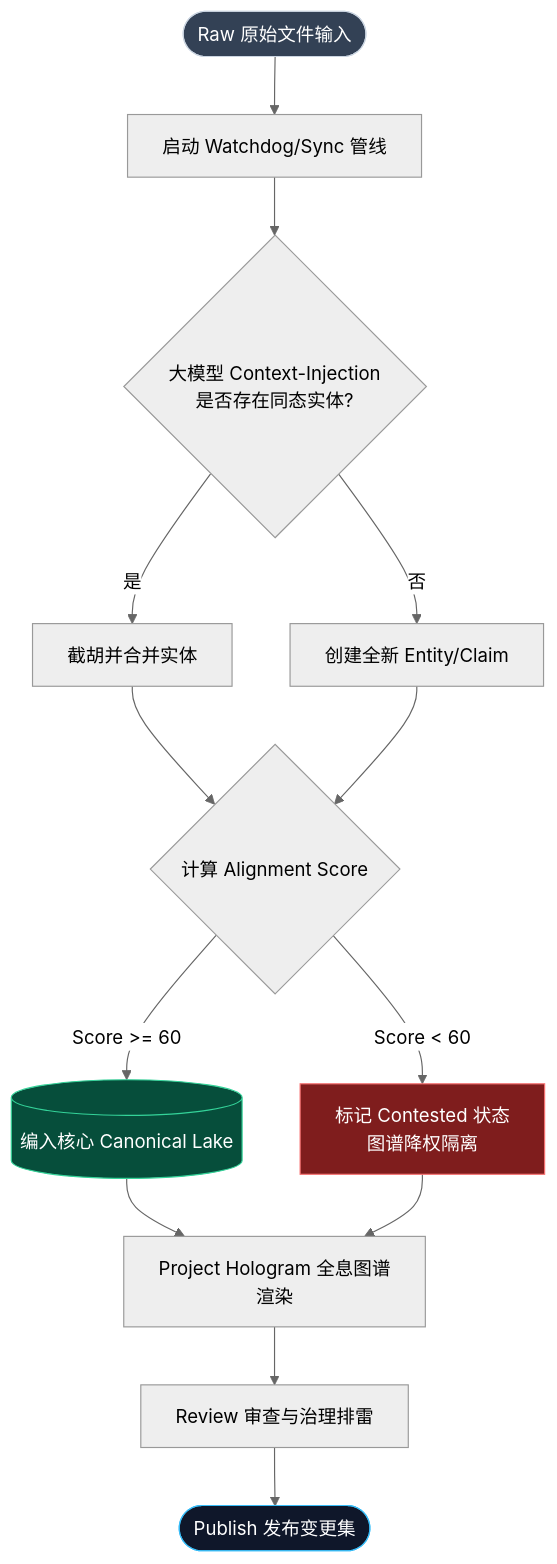
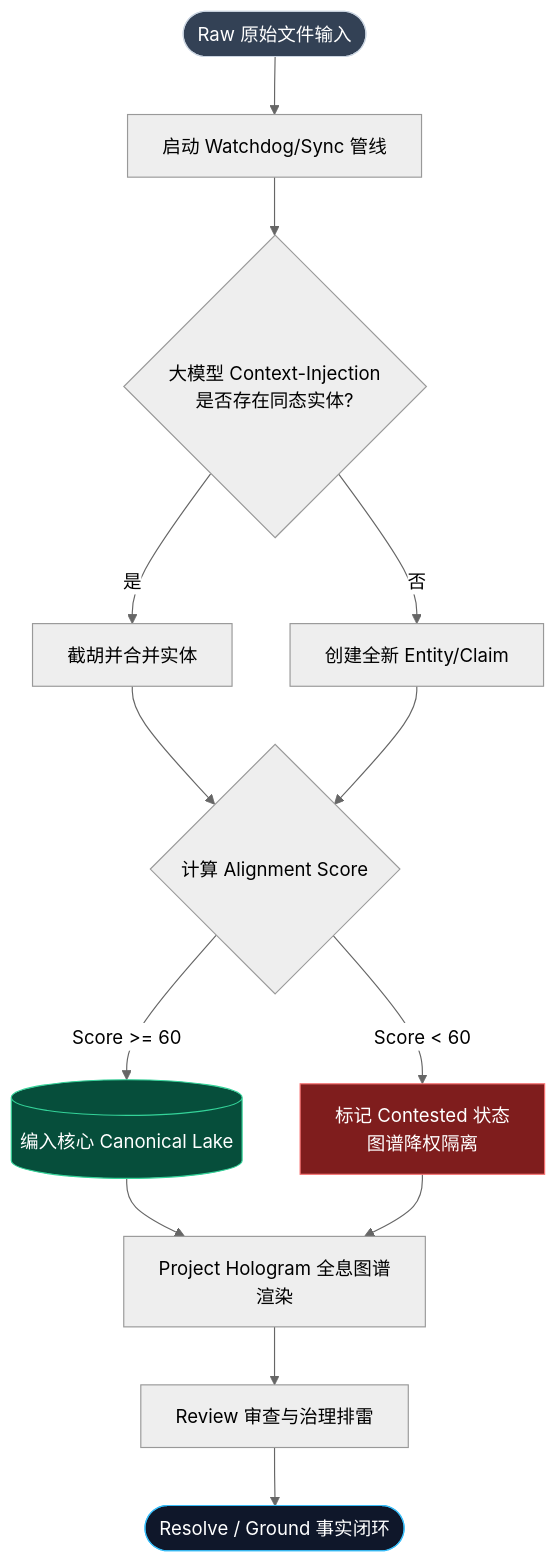
The second of 2 diagrams in README.md (shawnshi/vector-lake), drawn with Mermaid (neutral theme) before and after one commit. The commit also changed other lines of this file and 1 other file, not shown here.

Commit message:
docs: update documentation for vector-lake extension

````diff
--- a/README.md
+++ b/README.md
@@ -56,25 +56,25 @@
 ```mermaid
 flowchart TD
     Start([Raw 原始文件输入]) --> Sync[启动 Watchdog/Sync 管线]
     Sync --> ER{大模型 Context-Injection<br>是否存在同态实体?}
     
     ER -->|是 | Merge[截胡并合并实体]
     ER -->|否 | Create[创建全新 Entity/Claim]
     
     Merge --> Score{计算 Alignment Score}
     Create --> Score
     
     Score -->|Score >= 60| Core[(编入核心 Canonical Lake)]
     Score -->|Score < 60| Contested[标记 Contested 状态<br>图谱降权隔离]
     
     Core --> Render[Project Hologram 全息图谱渲染]
     Contested --> Render
     
     Render --> Review[Review 审查与治理排雷]
-    Review --> Publish([Publish 发布变更集])
+    Review --> Resolve([Resolve / Ground 事实闭环])
     
     style Start fill:#334155,color:#fff,stroke:#cbd5e1
     style Core fill:#064e3b,color:#fff,stroke:#34d399
     style Contested fill:#7f1d1d,color:#fff,stroke:#f87171
-    style Publish fill:#0f172a,color:#fff,stroke:#38bdf8
+    style Resolve fill:#0f172a,color:#fff,stroke:#38bdf8
 ```
````
